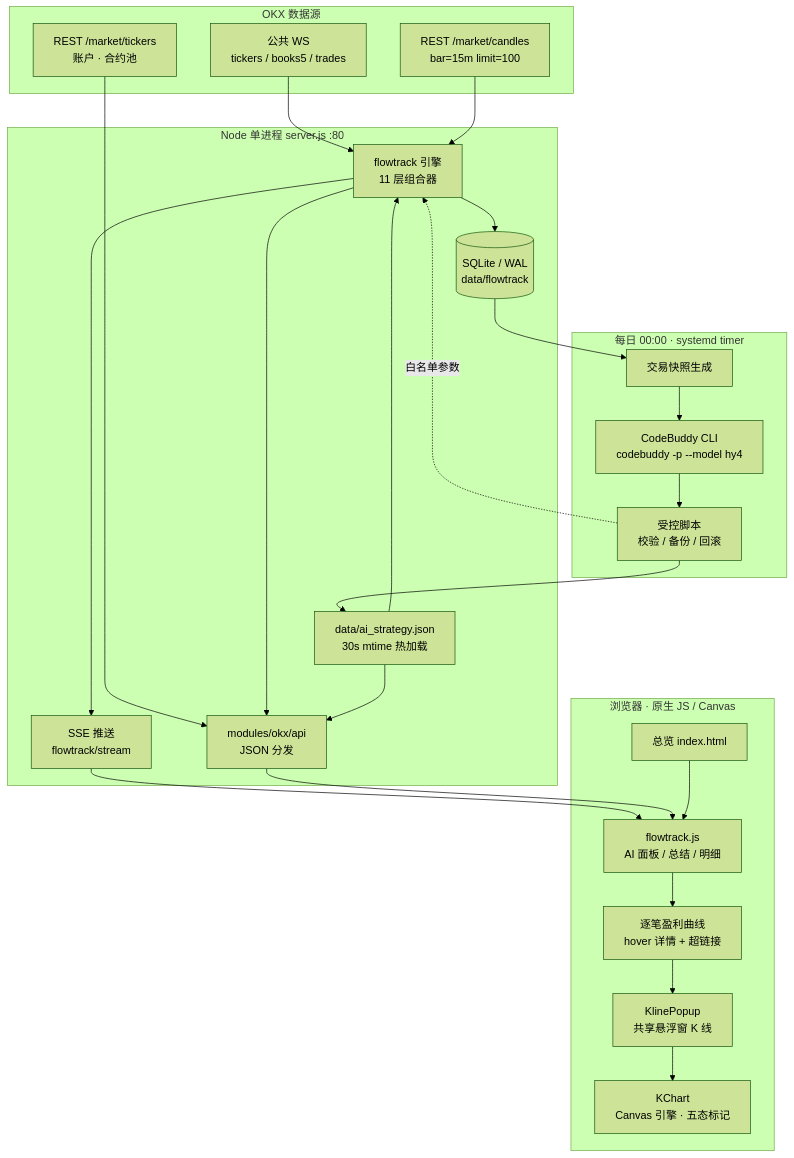
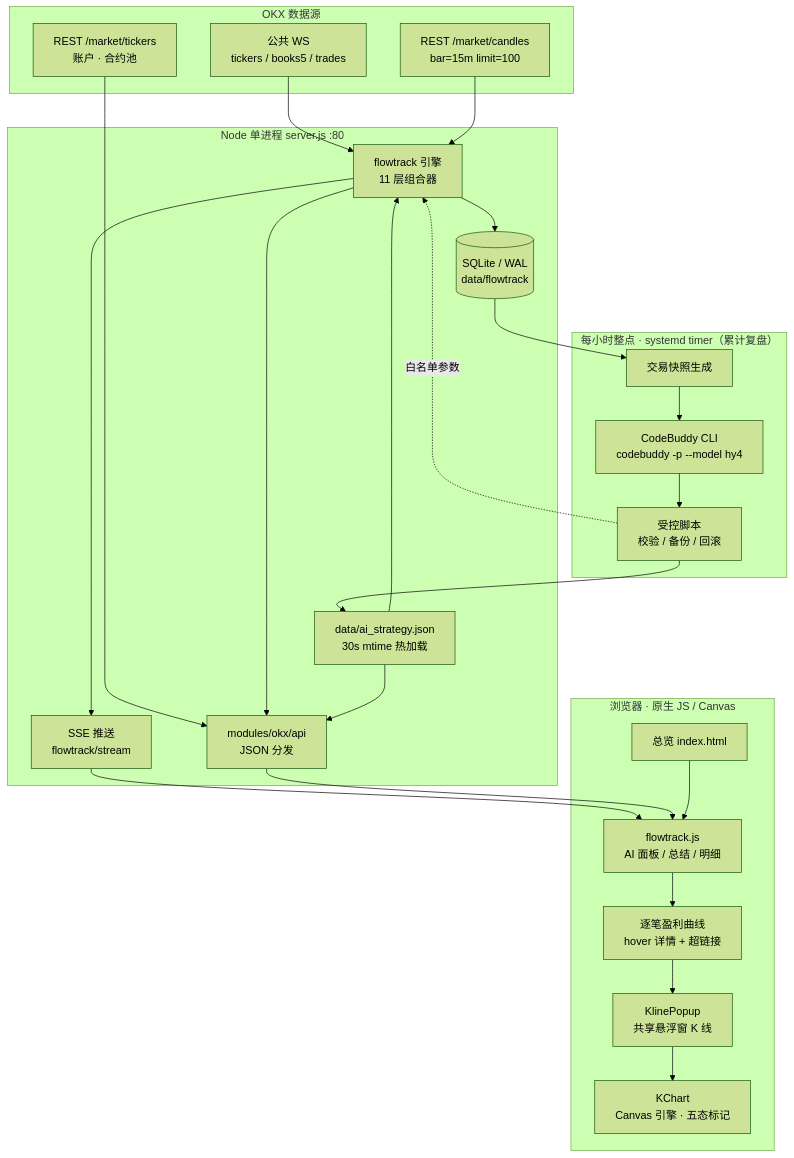
Before and after one commit to newusually/oqt-quant-node: the diagram in README.md, drawn with Mermaid (forest theme). The commit also changed other lines of this file and 20 other files, not shown here.

Commit message:
feat(flowtrack): 20261110f 交易列表列改造+实时持仓列表+持仓曲线+每小时AI累计复盘

````diff
--- a/README.md
+++ b/README.md
@@ -53,44 +53,44 @@
 ```mermaid
 graph TB
     subgraph SRC["OKX 数据源"]
         W1["公共 WS<br/>tickers / books5 / trades"]
         R1["REST /market/candles<br/>bar=15m limit=100"]
         R2["REST /market/tickers<br/>账户 · 合约池"]
     end
 
     subgraph CORE["Node 单进程 server.js :80"]
         FT["flowtrack 引擎<br/>11 层组合器"]
         API["modules/okx/api<br/>JSON 分发"]
         SSE["SSE 推送<br/>flowtrack/stream"]
         DB[("SQLite / WAL<br/>data/flowtrack")]
         AIJ["data/ai_strategy.json<br/>30s mtime 热加载"]
     end
 
     subgraph WEB["浏览器 · 原生 JS / Canvas"]
         OV["总览 index.html"]
         UIP["flowtrack.js<br/>AI 面板 / 总结 / 明细"]
         CUR["逐笔盈利曲线<br/>hover 详情 + 超链接"]
         KP["KlinePopup<br/>共享悬浮窗 K 线"]
         KC["KChart<br/>Canvas 引擎 · 五态标记"]
     end
 
-    subgraph TASK["每日 00:00 · systemd timer"]
+    subgraph TASK["每小时整点 · systemd timer（累计复盘）"]
         SNAP["交易快照生成"]
         CB["CodeBuddy CLI<br/>codebuddy -p --model hy4"]
         GUARD["受控脚本<br/>校验 / 备份 / 回滚"]
     end
 
     W1 --> FT
     R1 --> FT
     R2 --> API
     FT --> DB
     FT --> SSE
     FT --> API
     SSE --> UIP
     API --> UIP
     AIJ --> FT
     AIJ --> API
     OV --> UIP --> CUR --> KP --> KC
     DB --> SNAP --> CB --> GUARD --> AIJ
     GUARD -.白名单参数.-> FT
 ```
````
